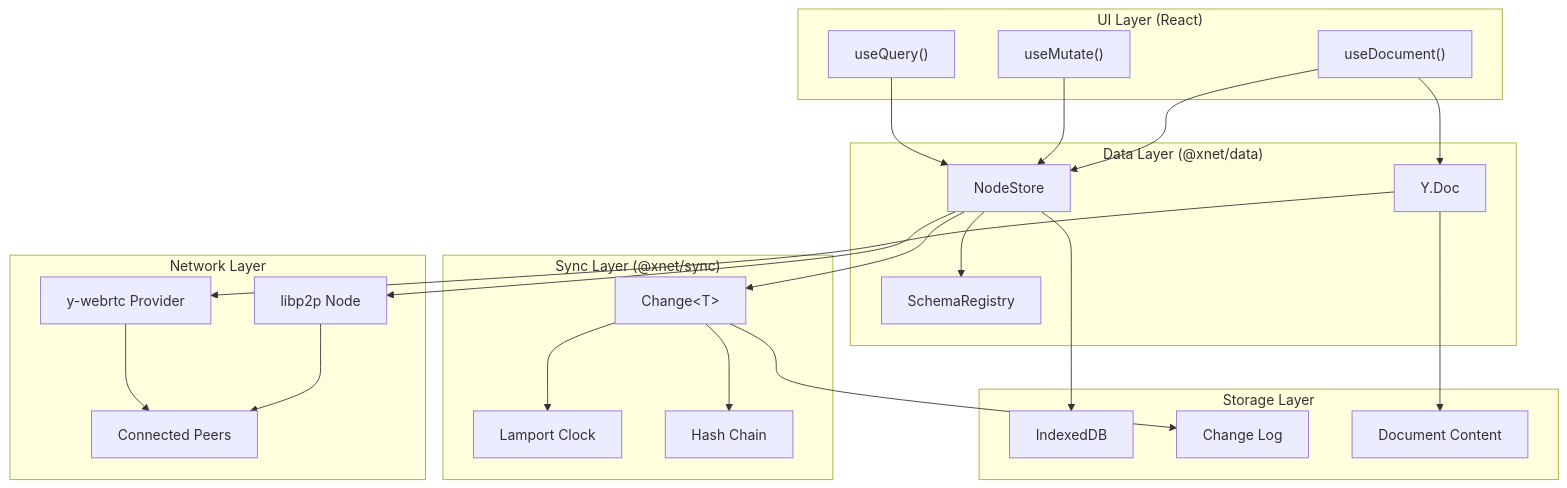
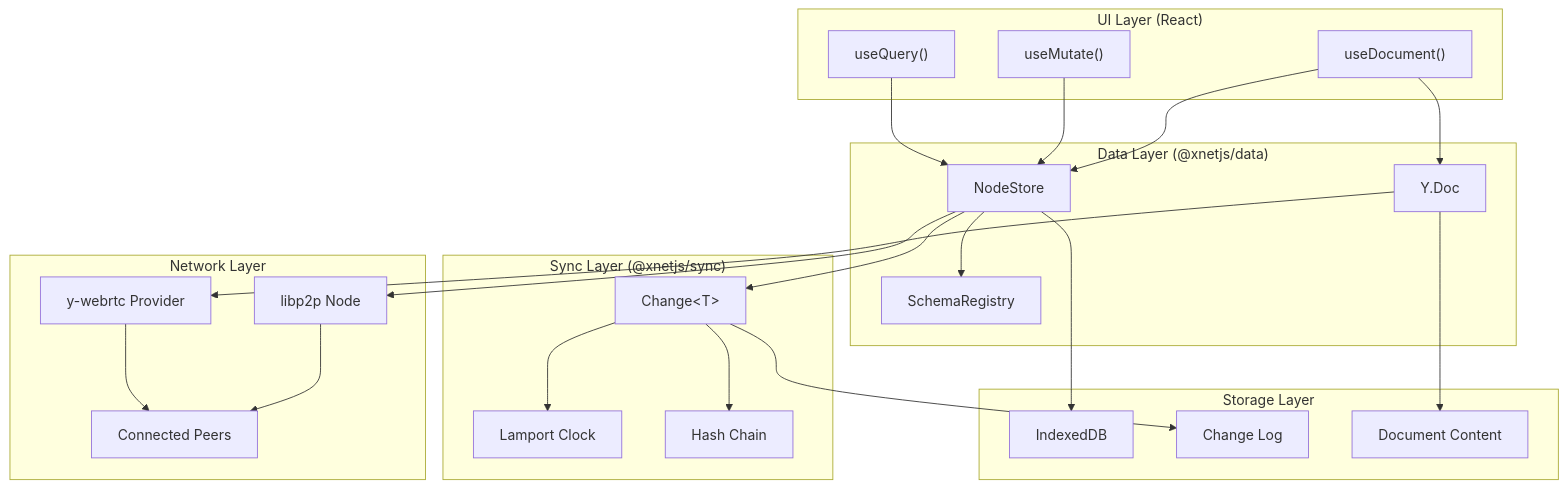
One commit to crs48/xNet changed the first of 5 diagrams in docs/explorations/0005_[x]_DEVTOOLS_DESIGN.md. Above: the diagram before and after it, drawn with Mermaid. The commit also changed other lines of this file and 980 other files, not shown here.

````diff
--- a/docs/explorations/0005_[x]_DEVTOOLS_DESIGN.md
+++ b/docs/explorations/0005_[x]_DEVTOOLS_DESIGN.md
@@ -66,51 +66,51 @@
 ```mermaid
 flowchart TB
     subgraph UI["UI Layer (React)"]
         useQuery["useQuery()"]
         useMutate["useMutate()"]
         useDocument["useDocument()"]
     end
 
-    subgraph Data["Data Layer (@xnet/data)"]
+    subgraph Data["Data Layer (@xnetjs/data)"]
         NodeStore["NodeStore"]
         SchemaRegistry["SchemaRegistry"]
         YDoc["Y.Doc"]
     end
 
-    subgraph Sync["Sync Layer (@xnet/sync)"]
+    subgraph Sync["Sync Layer (@xnetjs/sync)"]
         Changes["Change&lt;T&gt;"]
         LamportClock["Lamport Clock"]
         HashChain["Hash Chain"]
     end
 
     subgraph Storage["Storage Layer"]
         IndexedDB["IndexedDB"]
         ChangeLog["Change Log"]
         DocContent["Document Content"]
     end
 
     subgraph Network["Network Layer"]
         WebRTC["y-webrtc Provider"]
         Libp2p["libp2p Node"]
         Peers["Connected Peers"]
     end
 
     useQuery --> NodeStore
     useMutate --> NodeStore
     useDocument --> NodeStore
     useDocument --> YDoc
 
     NodeStore --> Changes
     NodeStore --> SchemaRegistry
     Changes --> LamportClock
     Changes --> HashChain
 
     NodeStore --> IndexedDB
     Changes --> ChangeLog
     YDoc --> DocContent
 
     YDoc --> WebRTC
     NodeStore --> Libp2p
     WebRTC --> Peers
     Libp2p --> Peers
 ```
````
